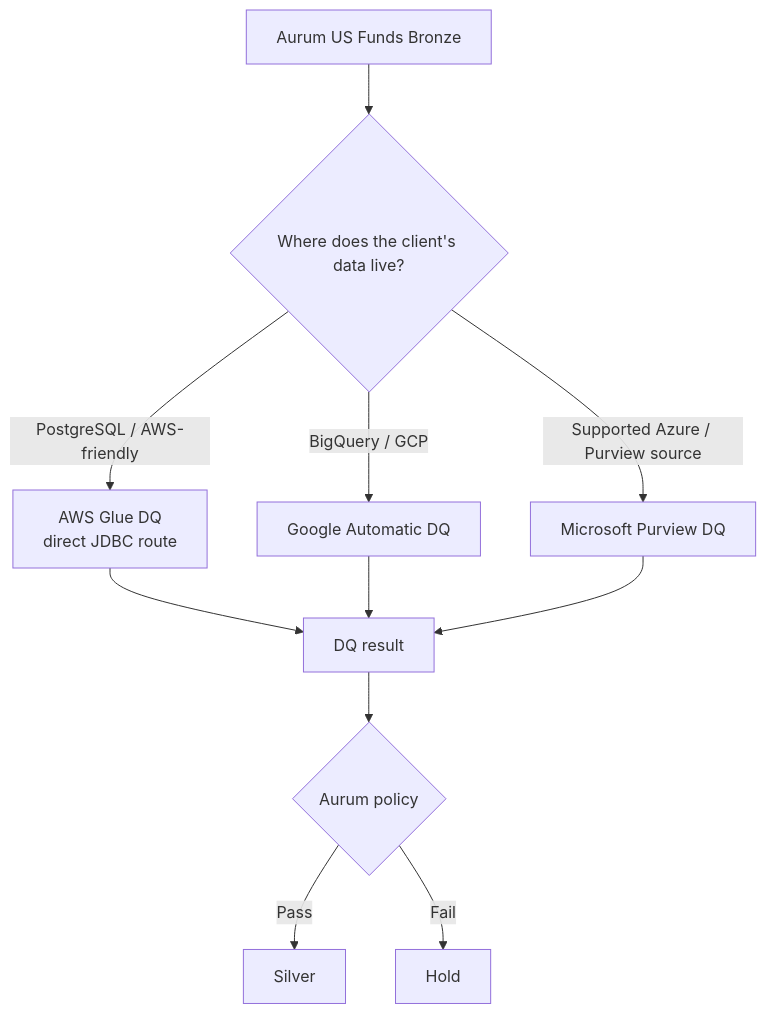
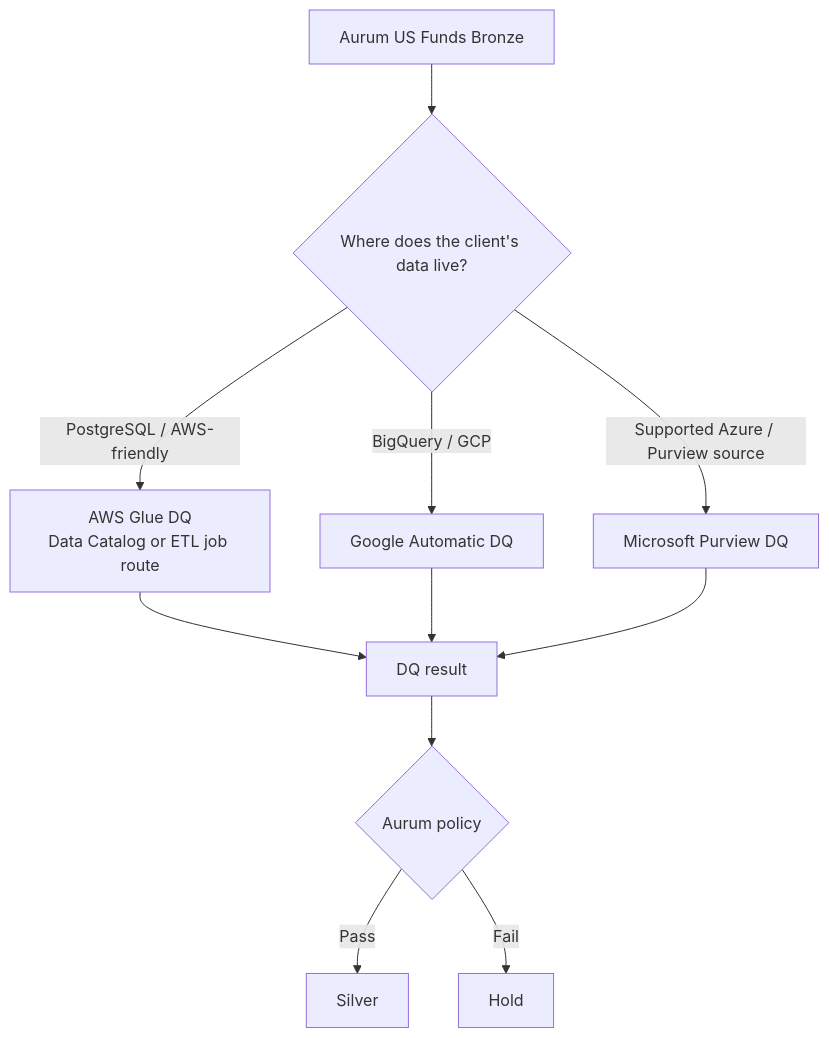
The fifth of 5 diagrams in docs/group2-tools.md (Prakharm927/aurum-data-quality-research), drawn with Mermaid before and after one commit.

Commit message:
Fix Glue route label in Group 2 diagram

````diff
--- a/docs/group2-tools.md
+++ b/docs/group2-tools.md
@@ -397,16 +397,16 @@
 ```mermaid
 flowchart TD
   aurum["Aurum US Funds Bronze"] --> choice{"Where does the client's data live?"}
 
-  choice -->|"PostgreSQL / AWS-friendly"| aws["AWS Glue DQ<br/>direct JDBC route"]
+  choice -->|"PostgreSQL / AWS-friendly"| aws["AWS Glue DQ<br/>Data Catalog or ETL job route"]
   choice -->|"BigQuery / GCP"| google["Google Automatic DQ"]
   choice -->|"Supported Azure / Purview source"| ms["Microsoft Purview DQ"]
 
   aws --> result["DQ result"]
   google --> result
   ms --> result
 
   result --> policy{"Aurum policy"}
   policy -->|"Pass"| silver["Silver"]
   policy -->|"Fail"| hold["Hold"]
 ```
````
